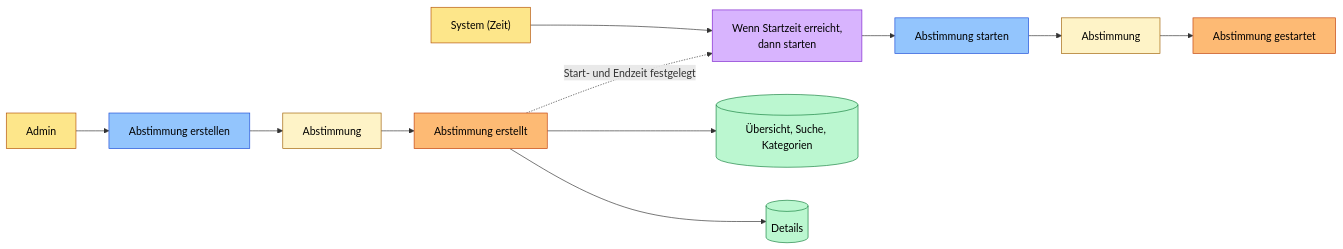
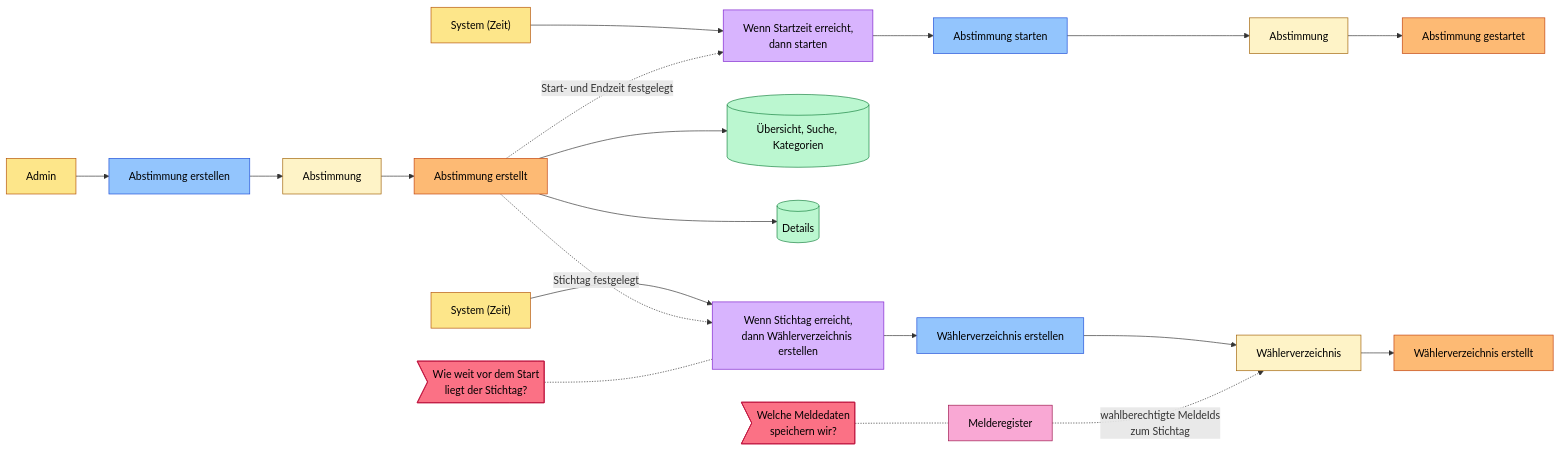
One commit to normaharley/ModerneSoftwarentwicklungWS26 changed the third of 9 diagrams in documentation/Uebung3.md. Above: the diagram before and after it, drawn with Mermaid. The commit also changed other lines of this file, not shown here.

Commit message:
Uebung 3: Fix for MeldeID Problem

````diff
--- a/documentation/Uebung3.md
+++ b/documentation/Uebung3.md
@@ -67,15 +71,23 @@
 ```mermaid
 flowchart LR
   ad3["Admin"]:::actor --> c_create["Abstimmung erstellen"]:::command --> ag_ab1["Abstimmung"]:::aggregate --> e_created["Abstimmung erstellt"]:::event
   sys2["System (Zeit)"]:::actor --> p_start["Wenn Startzeit erreicht,<br>dann starten"]:::policy --> c_start["Abstimmung starten"]:::command --> ag_ab2["Abstimmung"]:::aggregate --> e_started["Abstimmung gestartet"]:::event
   e_created -. "Start- und Endzeit festgelegt" .-> p_start
   e_created --> rm_list[("Übersicht, Suche, Kategorien")]:::readmodel
   e_created --> rm_det[("Details")]:::readmodel
 
+  sys3["System (Zeit)"]:::actor --> p_stich["Wenn Stichtag erreicht,<br>dann Wählerverzeichnis erstellen"]:::policy --> c_wv["Wählerverzeichnis erstellen"]:::command --> ag_wv["Wählerverzeichnis"]:::aggregate --> e_wv["Wählerverzeichnis erstellt"]:::event
+  e_created -. "Stichtag festgelegt" .-> p_stich
+  x_reg["Melderegister"]:::external -. "wahlberechtigte MeldeIds<br>zum Stichtag" .-> ag_wv
+  h_dsgvo>"Welche Meldedaten<br>speichern wir?"]:::hotspot -.- x_reg
+  h_stich>"Wie weit vor dem Start<br>liegt der Stichtag?"]:::hotspot -.- p_stich
+
   classDef actor fill:#fde68a,stroke:#b45309,color:#000
   classDef command fill:#93c5fd,stroke:#1d4ed8,color:#000
   classDef aggregate fill:#fef3c7,stroke:#a16207,color:#000
   classDef event fill:#fdba74,stroke:#c2410c,color:#000
   classDef policy fill:#d8b4fe,stroke:#7e22ce,color:#000
+  classDef external fill:#f9a8d4,stroke:#9d174d,color:#000
   classDef readmodel fill:#bbf7d0,stroke:#15803d,color:#000
+  classDef hotspot fill:#fb7185,stroke:#be123c,color:#000
 ```
````
